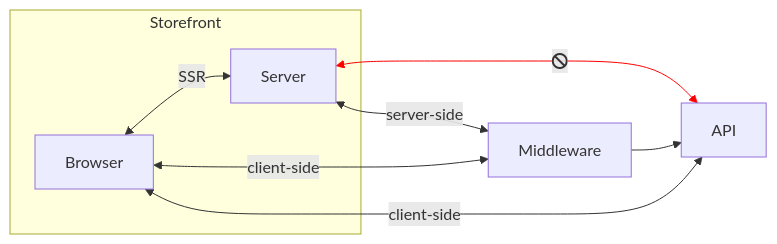
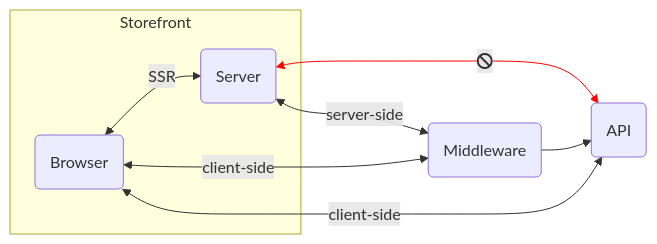
The diagram in charts/strategies-alokai.mmd (mateuszo/mermaid-viewer), drawn with Mermaid before and after one commit. The commit also changed 3 other files, not shown here.

Commit message:
update diagrams

```diff
--- a/charts/strategies-alokai.mmd
+++ b/charts/strategies-alokai.mmd
@@ -1,11 +1,11 @@
 flowchart LR
  subgraph s1["Storefront"]
-    Browser["Browser"] <-- SSR --> Server["Server"]
+    Browser("Browser") <-- SSR --> Server("Server")
   end
-    Server <-- "server-side" --> Middleware["Middleware"]
-    Server <-- "fa:fa-ban" --> API["API"]
+    Server <-- "server-side" --> Middleware("Middleware")
+    Server <-- "fa:fa-ban" --> API("API")
     Browser <-- "client-side" --> Middleware 
     Middleware --> API
     Browser <-- "client-side" --> API
 
 linkStyle 2 stroke:red
```
